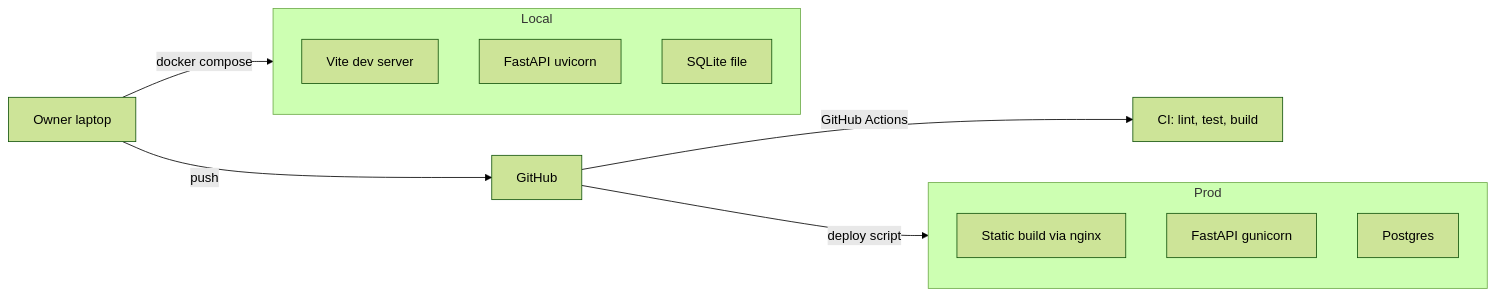
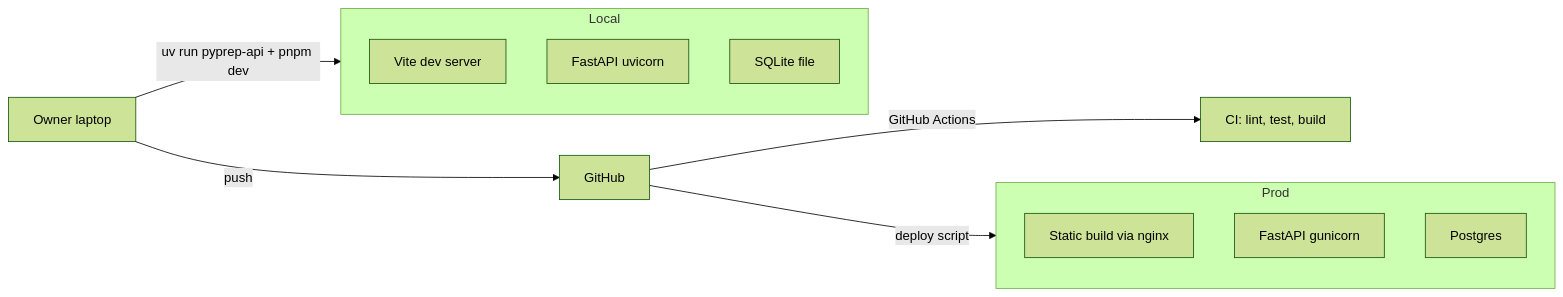
Before and after one commit to ilyalaz01/pyprep: the sixth of 6 diagrams in docs/PLAN.md, drawn with Mermaid (forest theme). The commit also changed other lines of this file and 3 other files, not shown here.

````diff
--- a/docs/PLAN.md
+++ b/docs/PLAN.md
@@ -1031,19 +1031,19 @@
 ```mermaid
 flowchart LR
-    Dev[Owner laptop] -->|docker compose| Local[Local stack]
+    Dev[Owner laptop] -->|uv run pyprep-api + pnpm dev| Local[Local stack]
     Dev -->|push| GH[GitHub]
     GH -->|GitHub Actions| Tests[CI: lint, test, build]
     GH -->|deploy script| Prod[Single VPS or Fly.io]
 
     subgraph Local
         SPA1[Vite dev server]
         API1[FastAPI uvicorn]
         DB1[SQLite file]
     end
 
     subgraph Prod
         SPA2[Static build via nginx]
         API2[FastAPI gunicorn]
         DB2[Postgres]
     end
 ```
````
